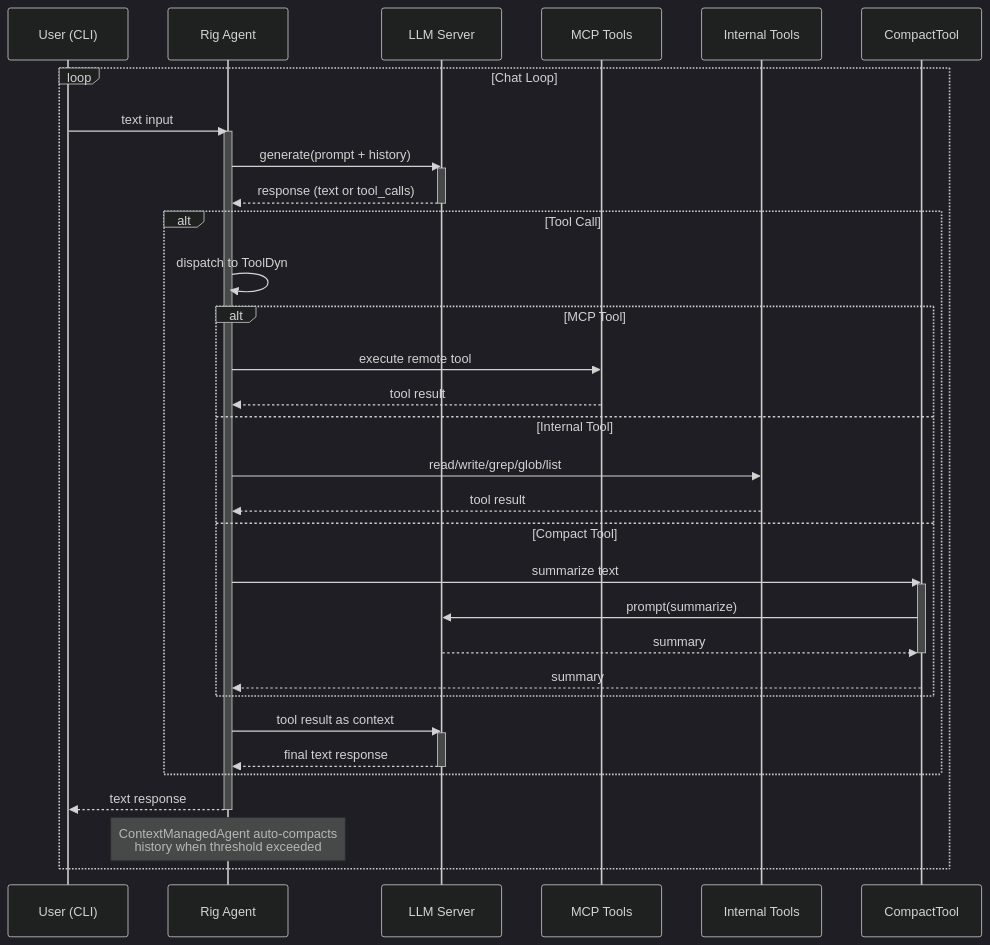
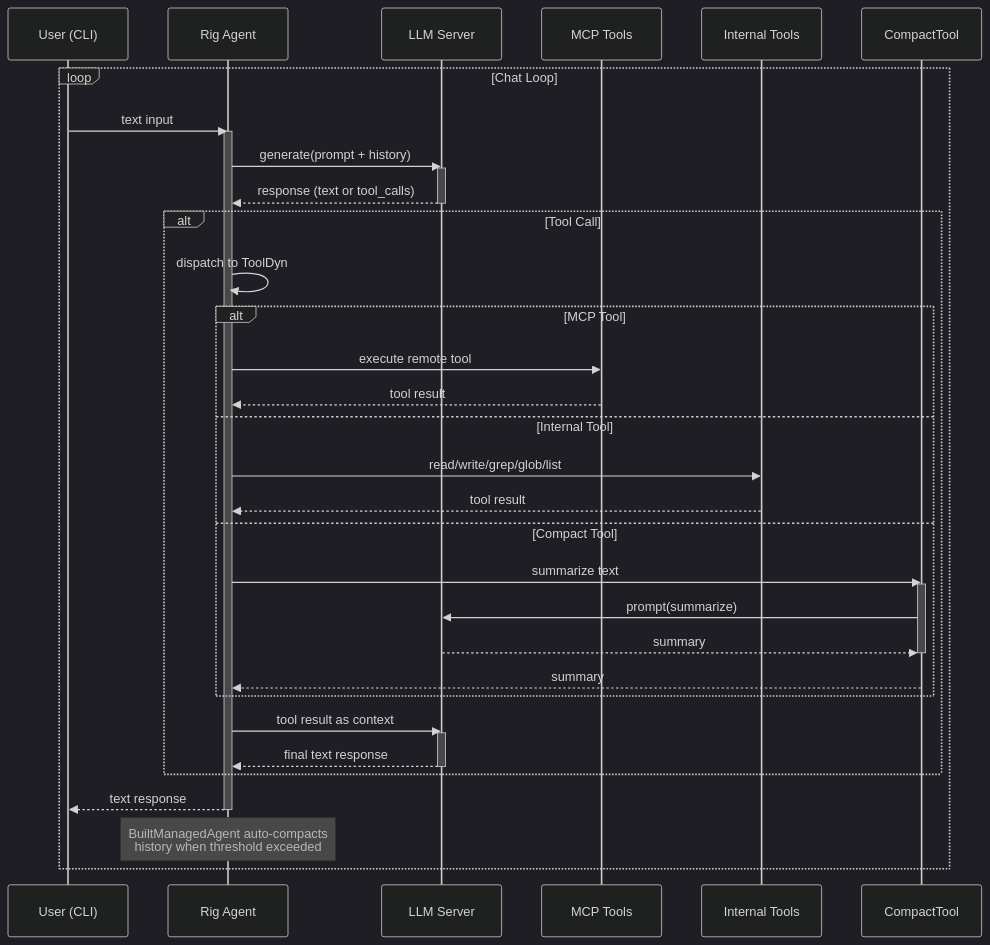
Before and after one commit to skaarfundgandr/agent_rs: the second of 2 diagrams in docs/diagrams/sequence-diagram.md, drawn with Mermaid (dark theme). The commit also changed 7 other files, not shown here.

Commit message:
docs: update documentation, diagrams, and project guide for builders

````diff
--- a/docs/diagrams/sequence-diagram.md
+++ b/docs/diagrams/sequence-diagram.md
@@ -69,45 +69,45 @@
 ```mermaid
 sequenceDiagram
     participant User as User (CLI)
     participant Agent as Rig Agent
     participant LLM as LLM Server
     participant MCP as MCP Tools
     participant Internal as Internal Tools
     participant Compact as CompactTool
 
     loop Chat Loop
         User->>Agent: text input
         activate Agent
         Agent->>LLM: generate(prompt + history)
         activate LLM
         LLM-->>Agent: response (text or tool_calls)
         deactivate LLM
 
         alt Tool Call
             Agent->>Agent: dispatch to ToolDyn
             alt MCP Tool
                 Agent->>MCP: execute remote tool
                 MCP-->>Agent: tool result
             else Internal Tool
                 Agent->>Internal: read/write/grep/glob/list
                 Internal-->>Agent: tool result
             else Compact Tool
                 Agent->>Compact: summarize text
                 activate Compact
                 Compact->>LLM: prompt(summarize)
                 LLM-->>Compact: summary
                 deactivate Compact
                 Compact-->>Agent: summary
             end
             Agent->>LLM: tool result as context
             activate LLM
             LLM-->>Agent: final text response
             deactivate LLM
         end
 
         Agent-->>User: text response
         deactivate Agent
 
-        Note over Agent: ContextManagedAgent auto-compacts<br/>history when threshold exceeded
+        Note over Agent: BuiltManagedAgent auto-compacts<br/>history when threshold exceeded
     end
 ```
````
